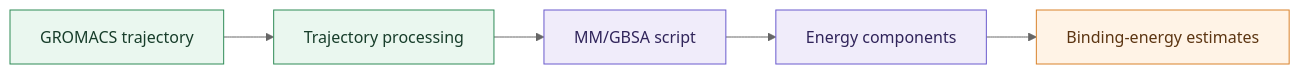
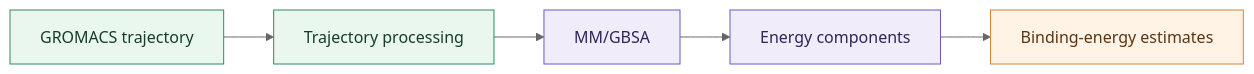
One commit to halgocom/yeast changed the fourth of 4 diagrams in README.md. Above: the diagram before and after it, drawn with Mermaid (neutral theme). The commit also changed other lines of this file, not shown here.

````diff
--- a/README.md
+++ b/README.md
@@ -178,16 +342,16 @@
 ```mermaid
 flowchart LR
 
     A["GROMACS trajectory"] --> B["Trajectory processing"]
-    B --> C["MM/GBSA script"]
+    B --> C["MM/GBSA"]
     C --> D["Energy components"]
     D --> E["Binding-energy estimates"]
 
     classDef md fill:#EAF7EF,stroke:#2E8B57,color:#173D2A
     classDef analysis fill:#F0ECFA,stroke:#6A5ACD,color:#30245A
     classDef result fill:#FFF3E6,stroke:#D9822B,color:#5C3512
 
     class A,B md
     class C,D analysis
     class E result
 ```
````
